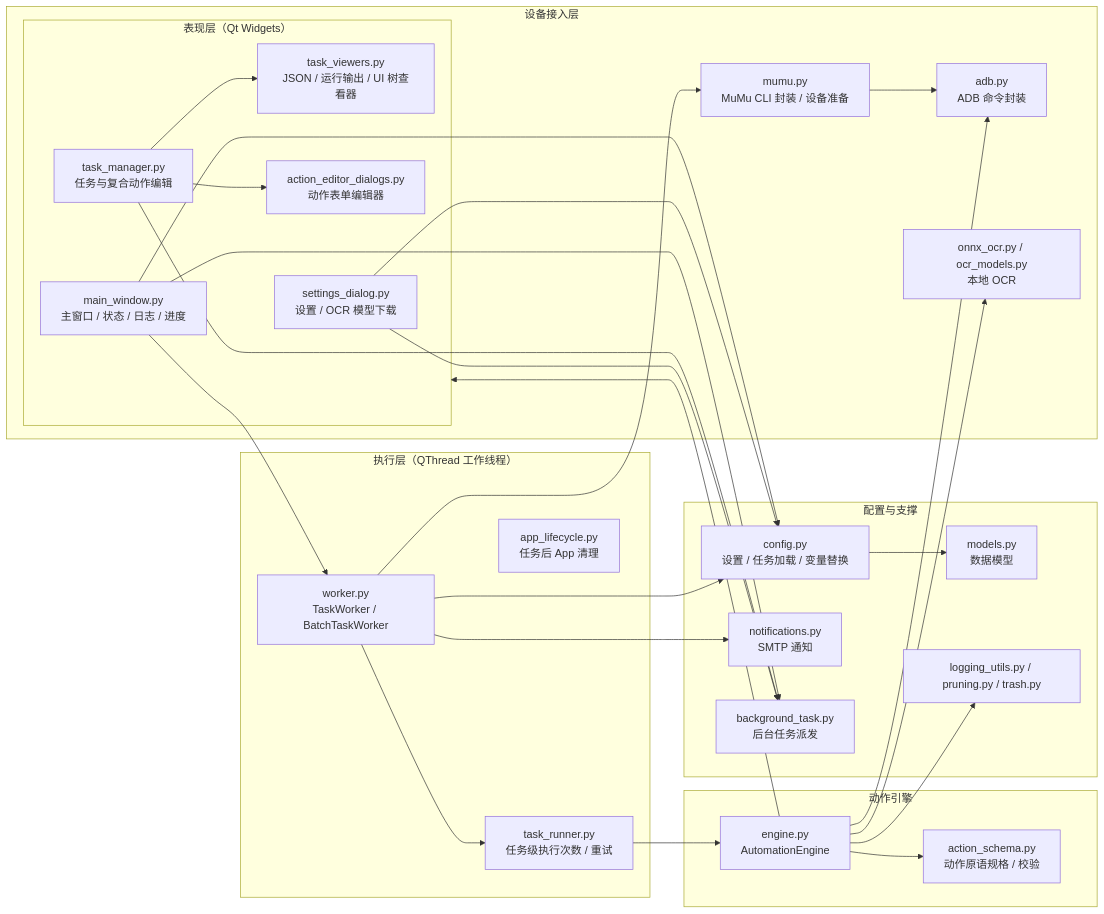
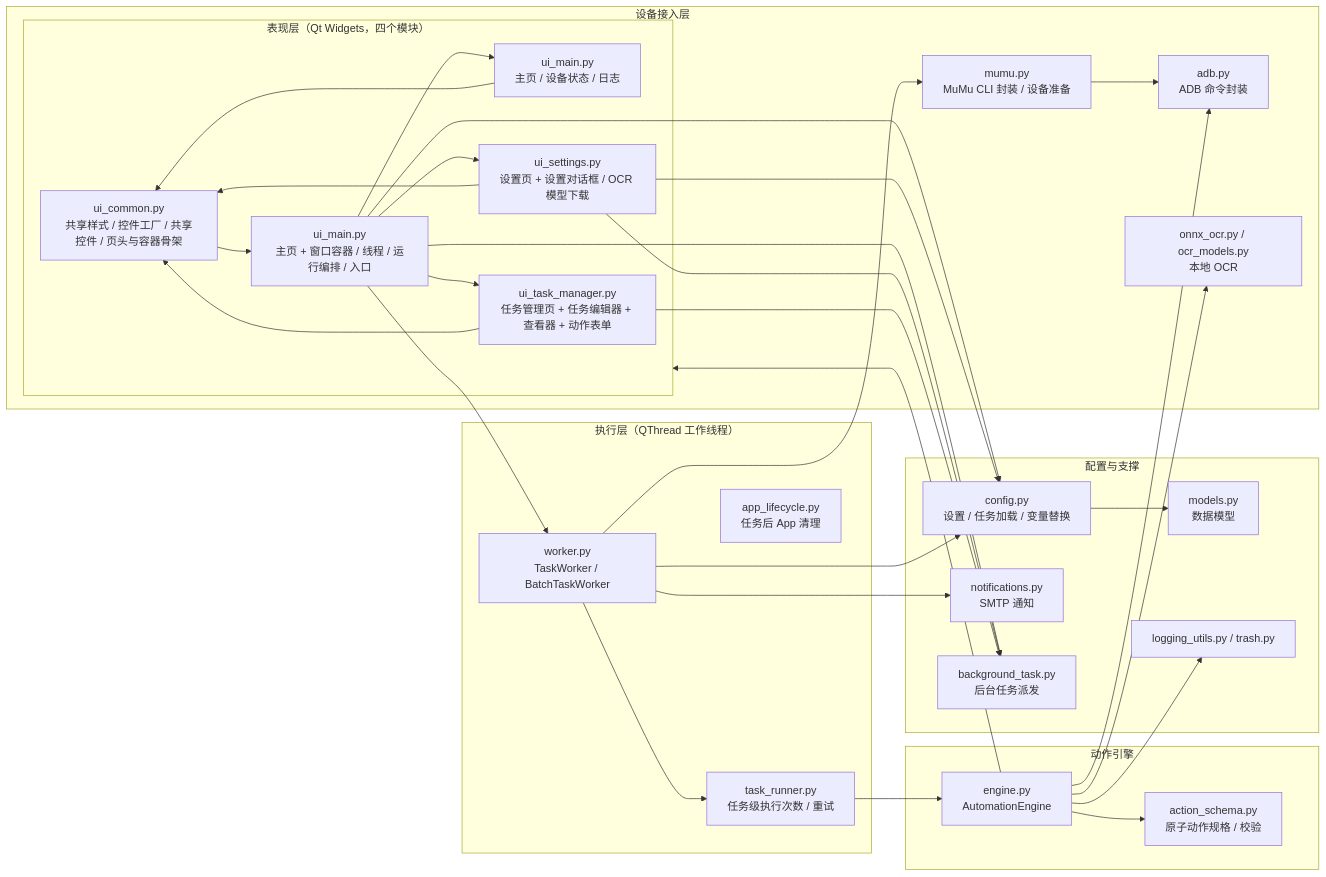
Before and after one commit to AISYLE5/FREE: the first of 2 diagrams in ARCHITECTURE.md, drawn with Mermaid. The commit also changed other lines of this file and 39 other files, not shown here.

````diff
--- a/ARCHITECTURE.md
+++ b/ARCHITECTURE.md
@@ -9,57 +9,62 @@
 ```mermaid
 flowchart LR
-    subgraph UI["表现层（Qt Widgets）"]
-        MW["main_window.py<br/>主窗口 / 状态 / 日志 / 进度"]
-        TM["task_manager.py<br/>任务与复合动作编辑"]
-        TV["task_viewers.py<br/>JSON / 运行输出 / UI 树查看器"]
-        SD["settings_dialog.py<br/>设置 / OCR 模型下载"]
-        AE["action_editor_dialogs.py<br/>动作表单编辑器"]
+    subgraph UI["表现层（Qt Widgets，四个模块）"]
+        UC["ui_common.py<br/>共享样式 / 控件工厂 / 共享控件 / 页头与容器骨架"]
+        MW["ui_main.py<br/>主页 + 窗口容器 / 线程 / 运行编排 / 入口"]
+        MP["ui_main.py<br/>主页 / 设备状态 / 日志"]
+        SP["ui_settings.py<br/>设置页 + 设置对话框 / OCR 模型下载"]
+        TP["ui_task_manager.py<br/>任务管理页 + 任务编辑器 + 查看器 + 动作表单"]
     end
 
     subgraph RUN["执行层（QThread 工作线程）"]
         W["worker.py<br/>TaskWorker / BatchTaskWorker"]
         TR["task_runner.py<br/>任务级执行次数 / 重试"]
         EL["app_lifecycle.py<br/>任务后 App 清理"]
     end
 
     subgraph ENGINE["动作引擎"]
         E["engine.py<br/>AutomationEngine"]
-        AS["action_schema.py<br/>动作原语规格 / 校验"]
+        AS["action_schema.py<br/>原子动作规格 / 校验"]
     end
 
     subgraph DEVICE["设备接入层"]
         M["mumu.py<br/>MuMu CLI 封装 / 设备准备"]
         A["adb.py<br/>ADB 命令封装"]
-        UI["ui_automation.py<br/>UI 层级快照 / 文本匹配"]
+        UI["device_ui.py<br/>设备侧 UI 层级快照 / 文本匹配（非界面）"]
         OCR["onnx_ocr.py / ocr_models.py<br/>本地 OCR"]
     end
 
     subgraph INFRA["配置与支撑"]
         CFG["config.py<br/>设置 / 任务加载 / 变量替换"]
         MOD["models.py<br/>数据模型"]
         NTF["notifications.py<br/>SMTP 通知"]
         BT["background_task.py<br/>后台任务派发"]
-        LOG["logging_utils.py / pruning.py / trash.py"]
+        LOG["logging_utils.py / trash.py"]
     end
 
     MW --> W
-    TM --> AE
-    TM --> TV
+    UC --> MW
+    MP --> UC
+    SP --> UC
+    TP --> UC
+    MW --> MP
+    MW --> SP
+    MW --> TP
     W --> TR
     TR --> E
     E --> AS
     E --> A
     E --> UI
     E --> OCR
     W --> M
     W --> NTF
     M --> A
     CFG --> MOD
     MW --> CFG
-    SD --> CFG
+    SP --> CFG
     W --> CFG
     MW --> BT
-    TM --> BT
-    SD --> BT
+    SP --> BT
+    TP --> BT
     E --> LOG
 ```
````
